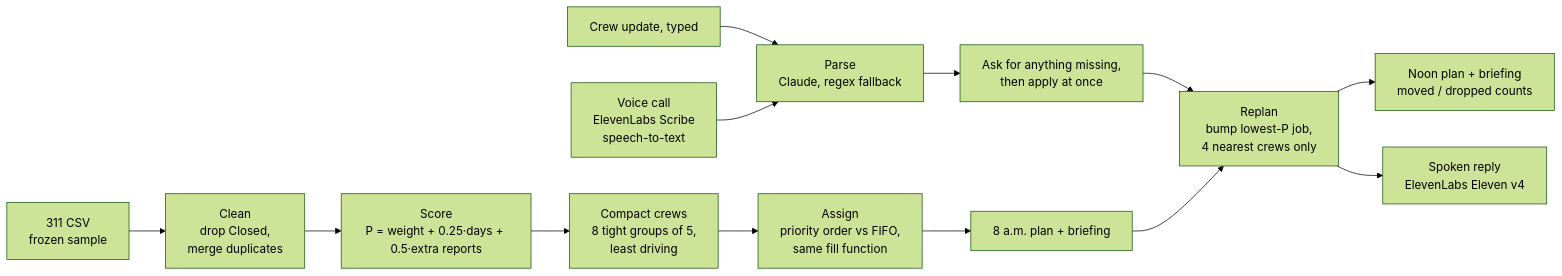
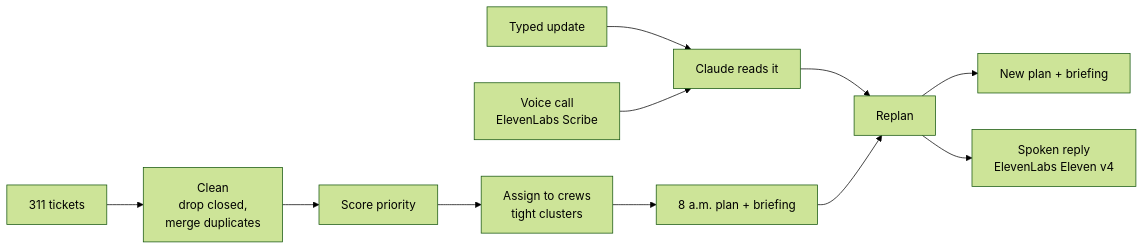
One commit to ColbyCadden/IEEE-Industry-Hackathon---Dispatch-agent changed the diagram in README.md. Above: the diagram before and after it, drawn with Mermaid (forest theme). The commit also changed other lines of this file, not shown here.

````diff
--- a/README.md
+++ b/README.md
@@ -67,15 +53,13 @@
 ```mermaid
 flowchart LR
-  A[311 CSV<br/>frozen sample] --> B[Clean<br/>drop Closed,<br/>merge duplicates]
-  B --> C[Score<br/>P = weight + 0.25·days + 0.5·extra reports]
-  C --> D[Compact crews<br/>8 tight groups of 5,<br/>least driving]
-  D --> E[Assign<br/>priority order vs FIFO,<br/>same fill function]
-  E --> F[8 a.m. plan + briefing]
-  G[Crew update, typed] --> H[Parse<br/>Claude, regex fallback]
-  V[Voice call<br/>ElevenLabs Scribe<br/>speech-to-text] --> H
-  H --> I[Ask for anything missing,<br/>then apply at once]
-  I --> J[Replan<br/>bump lowest-P job,<br/>4 nearest crews only]
+  A[311 tickets] --> B[Clean<br/>drop closed,<br/>merge duplicates]
+  B --> C[Score priority]
+  C --> D[Assign to crews<br/>tight clusters]
+  D --> F[8 a.m. plan + briefing]
+  G[Typed update] --> H[Claude reads it]
+  V[Voice call<br/>ElevenLabs Scribe] --> H
+  H --> J[Replan]
   F --> J
-  J --> K[Noon plan + briefing<br/>moved / dropped counts]
+  J --> K[New plan + briefing]
   J --> S[Spoken reply<br/>ElevenLabs Eleven v4]
 ```
````
